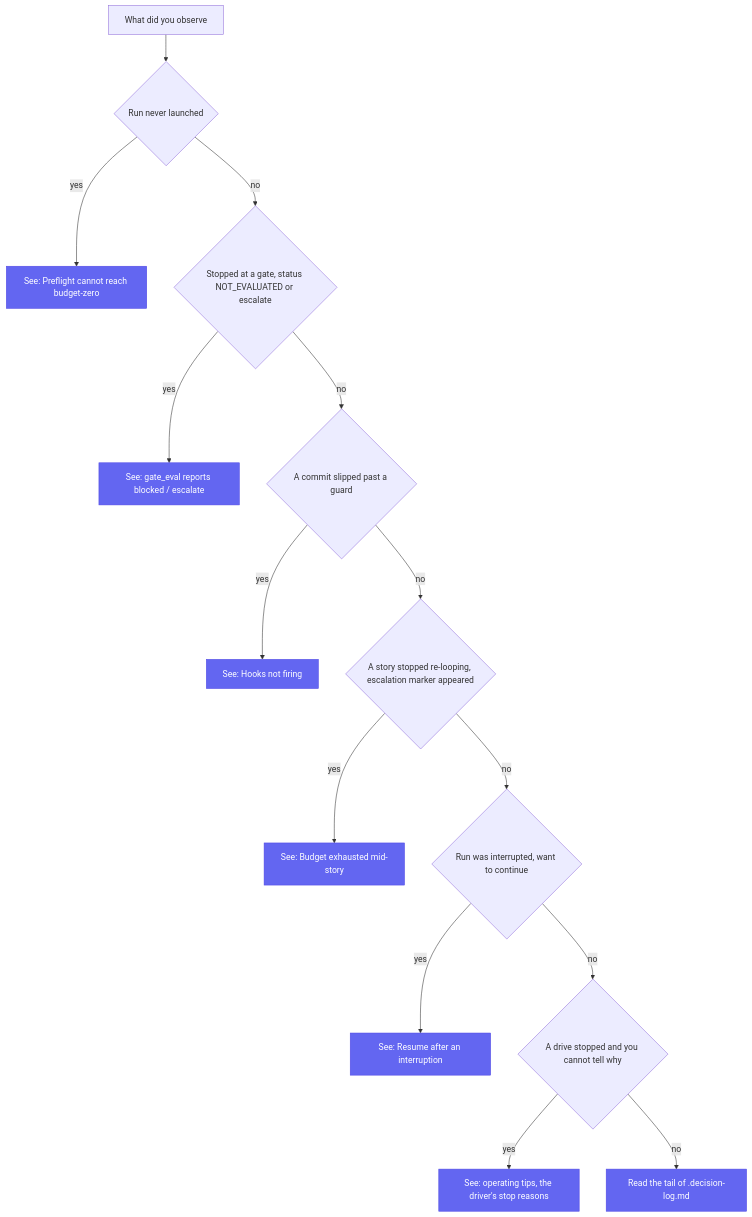
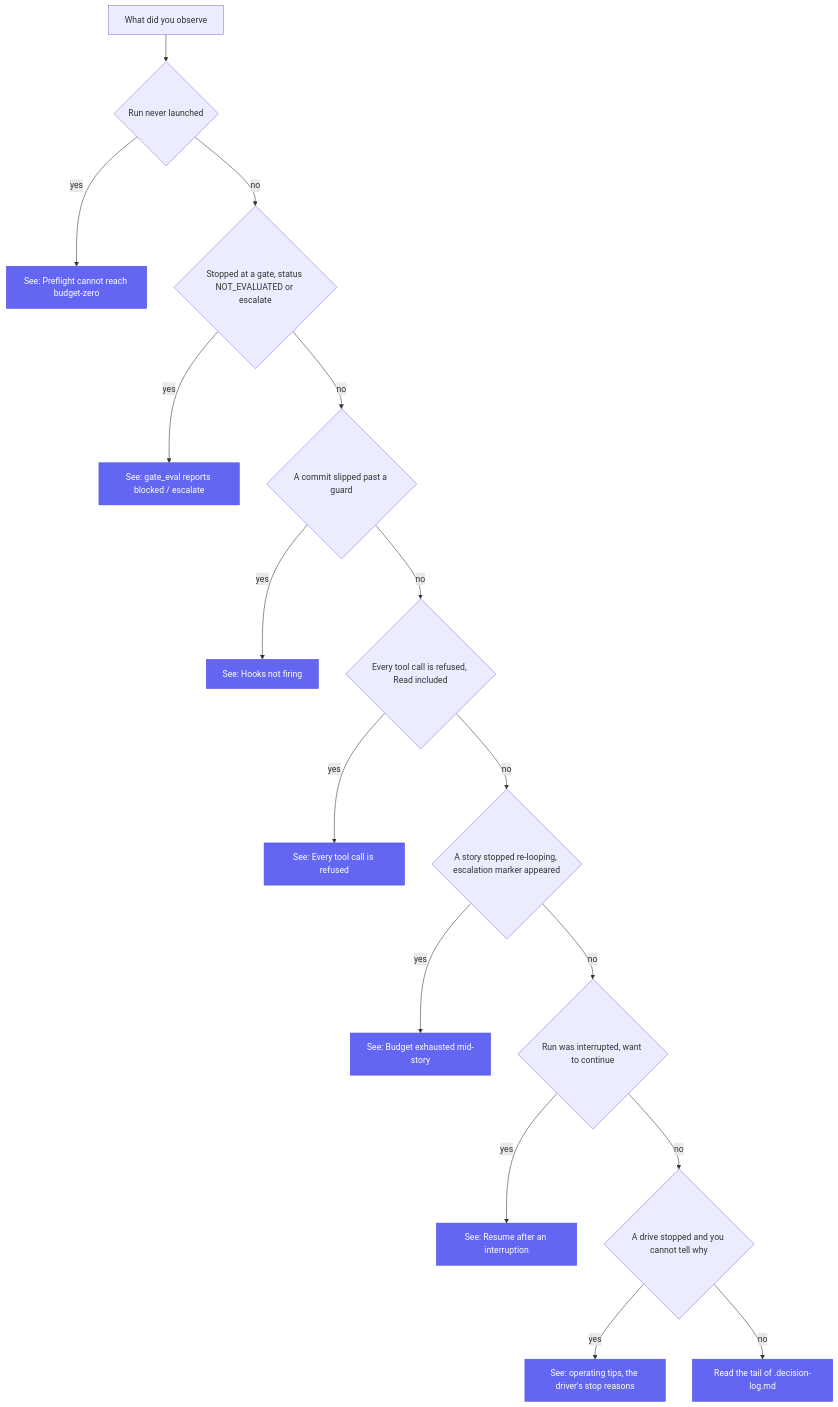
One commit to armelhbobdad/bmad-module-ultracode-goal changed the diagram in docs/troubleshooting.md. Above: the diagram before and after it, drawn with Mermaid. The commit also changed other lines of this file and 15 other files, not shown here.

````diff
--- a/docs/troubleshooting.md
+++ b/docs/troubleshooting.md
@@ -12,18 +12,20 @@
 ```mermaid
 flowchart TD
     S["What did you observe"] --> P{"Run never launched"}
     P -->|"yes"| PRE["See: Preflight cannot reach budget-zero"]
     P -->|"no"| G{"Stopped at a gate, status NOT_EVALUATED or escalate"}
     G -->|"yes"| GATE["See: gate_eval reports blocked / escalate"]
     G -->|"no"| H{"A commit slipped past a guard"}
     H -->|"yes"| HOOK["See: Hooks not firing"]
-    H -->|"no"| B{"A story stopped re-looping, escalation marker appeared"}
+    H -->|"no"| X{"Every tool call is refused, Read included"}
+    X -->|"yes"| REF["See: Every tool call is refused"]
+    X -->|"no"| B{"A story stopped re-looping, escalation marker appeared"}
     B -->|"yes"| BUD["See: Budget exhausted mid-story"]
     B -->|"no"| R{"Run was interrupted, want to continue"}
     R -->|"yes"| RES["See: Resume after an interruption"]
     R -->|"no"| D{"A drive stopped and you cannot tell why"}
     D -->|"yes"| OPS["See: operating tips, the driver's stop reasons"]
     D -->|"no"| LOG["Read the tail of .decision-log.md"]
     classDef accent fill:#6366F1,stroke:#4F46E5,color:#fff
-    class PRE,GATE,HOOK,BUD,RES,OPS,LOG accent
+    class PRE,GATE,HOOK,REF,BUD,RES,OPS,LOG accent
 ```
````
